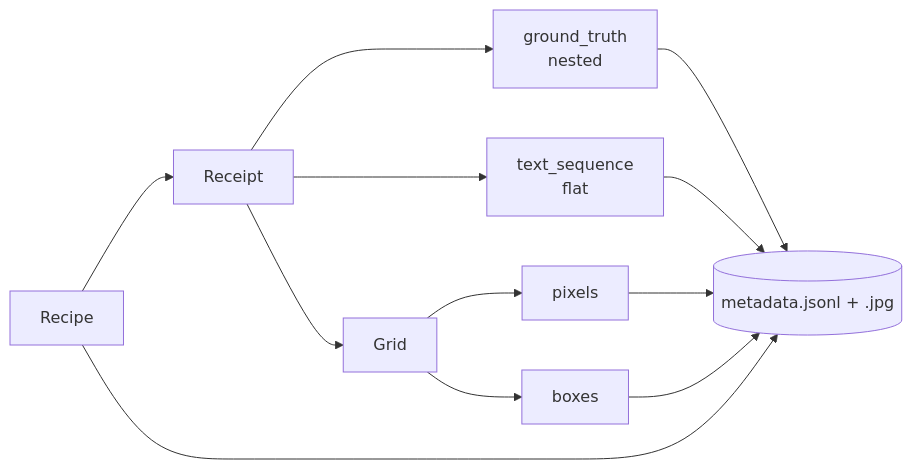
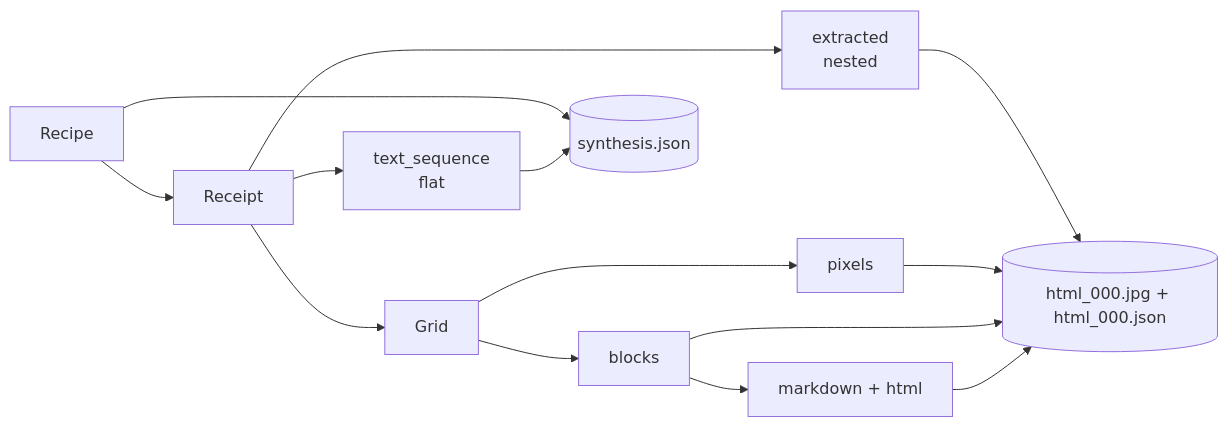
The ninth of 9 diagrams in README.md (LinhPhuong14/vlm-ocr-synthetic), drawn with Mermaid before and after one commit. The commit also changed other lines of this file and 374 other files, not shown here.

````diff
--- a/README.md
+++ b/README.md
@@ -479,10 +551,12 @@
 ```mermaid
 flowchart LR
     R["Recipe"] --> RC["Receipt"]
-    RC --> GT["ground_truth<br/>nested"]
+    RC --> GT["extracted<br/>nested"]
     RC --> TS["text_sequence<br/>flat"]
     RC --> G["Grid"]
     G --> PX["pixels"]
-    G --> BX["boxes"]
-    GT & TS & PX & BX & R --> J[("metadata.jsonl + .jpg")]
+    G --> BX["blocks"]
+    BX --> MD["markdown + html"]
+    GT & PX & BX & MD --> J[("html_000.jpg + html_000.json")]
+    R & TS --> S[("synthesis.json")]
 ```
````
